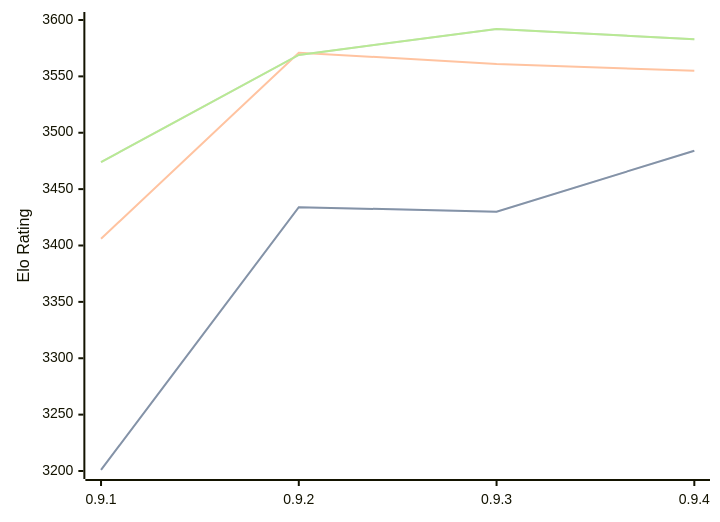
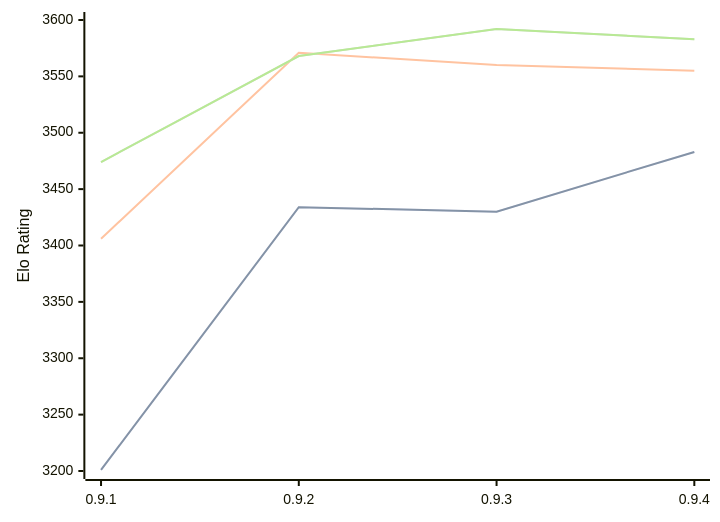
One commit to computer-chess-index/cci changed the diagram in engines/Coda.md. Above: the diagram before and after it, drawn with Mermaid. The commit also changed other lines of this file, not shown here.

Commit message:
Update CCI Ratings (ELO VLTC) - 2026-09-03

````diff
--- a/engines/Coda.md
+++ b/engines/Coda.md
@@ -34,11 +34,11 @@
 ```mermaid
 %%{init: {"theme":"base","themeVariables":{"seriesColors:['#a3a3a3','#222221','#faa371']}}}%%
 xychart-beta
   x-axis ["0.9.1", "0.9.2", "0.9.3", "0.9.4"]
   y-axis "Elo Rating" 3200 --> 3600
-  line "" [3201, 3434, 3430, 3484]
-  line "STC (8.0+0.08s)" [3201, 3434, 3430, 3484]
-  line "LTC (60.0+0.60s)" [3406, 3571, 3561, 3555]
-  line "" [3474, 3569, 3592, 3583]
-  line "VLTC (2m24s+1.12s)" [3474, 3569, 3592, 3583]
+  line "" [3201, 3434, 3430, 3483]
+  line "STC (8.0+0.08s)" [3201, 3434, 3430, 3483]
+  line "LTC (60.0+0.60s)" [3406, 3571, 3560, 3555]
+  line "" [3474, 3568, 3592, 3583]
+  line "VLTC (2m24s+1.12s)" [3474, 3568, 3592, 3583]
 ```
````
